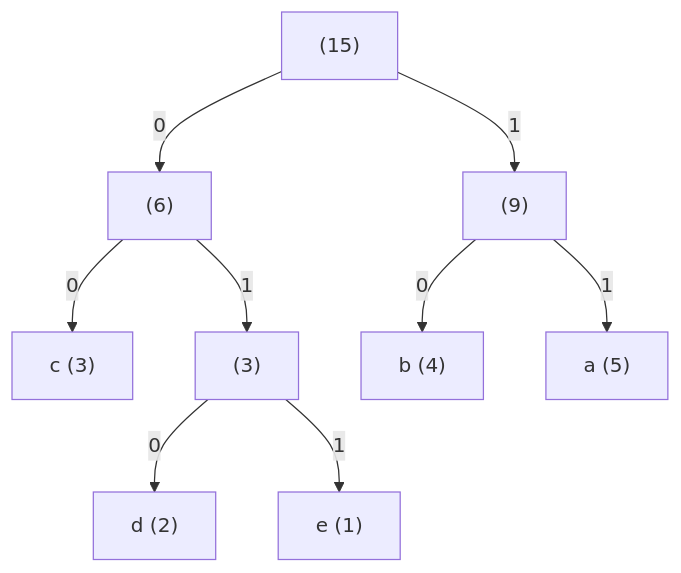
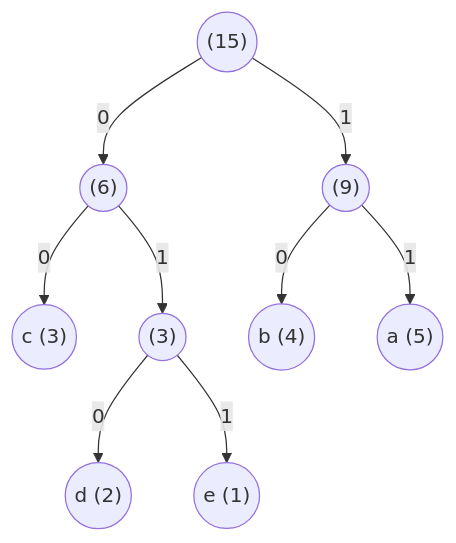
Before and after one commit to alex31n/software-engineering-notebook: the third of 3 diagrams in data-structures-and-algorithms/greedy-algorithm.md, drawn with Mermaid. The commit also changed other lines of this file and 2 other files, not shown here.

Commit message:
add binary tree documentation and update mermaid diagrams in BFS and greedy algorithm notes

````diff
--- a/data-structures-and-algorithms/greedy-algorithm.md
+++ b/data-structures-and-algorithms/greedy-algorithm.md
@@ -367,11 +367,11 @@
 ```mermaid
 graph TD
-    Root["(15)"] -->|0| CDE["(6)"]
-    Root -->|1| BA["(9)"]
-    CDE -->|0| C["c (3)"]
-    CDE -->|1| DE["(3)"]
-    DE -->|0| D["d (2)"]
-    DE -->|1| E["e (1)"]
-    BA -->|0| B["b (4)"]
-    BA -->|1| A["a (5)"]
+    Root(("(15)")) -->|0| CDE(("(6)"))
+    Root -->|1| BA(("(9)"))
+    CDE -->|0| C(("c (3)"))
+    CDE -->|1| DE(("(3)"))
+    DE -->|0| D(("d (2)"))
+    DE -->|1| E(("e (1)"))
+    BA -->|0| B(("b (4)"))
+    BA -->|1| A(("a (5)"))
 ```
````
